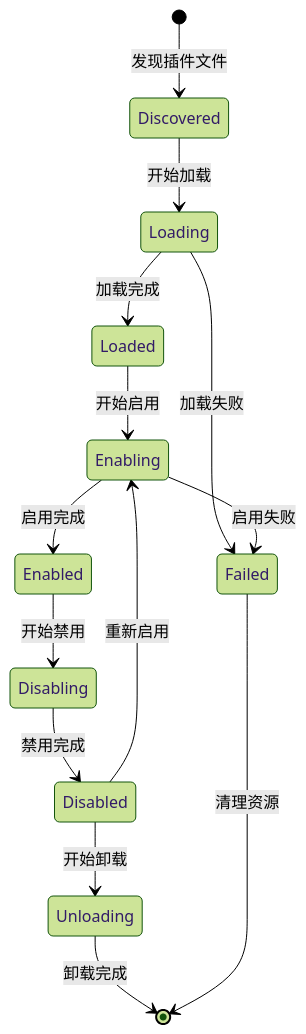
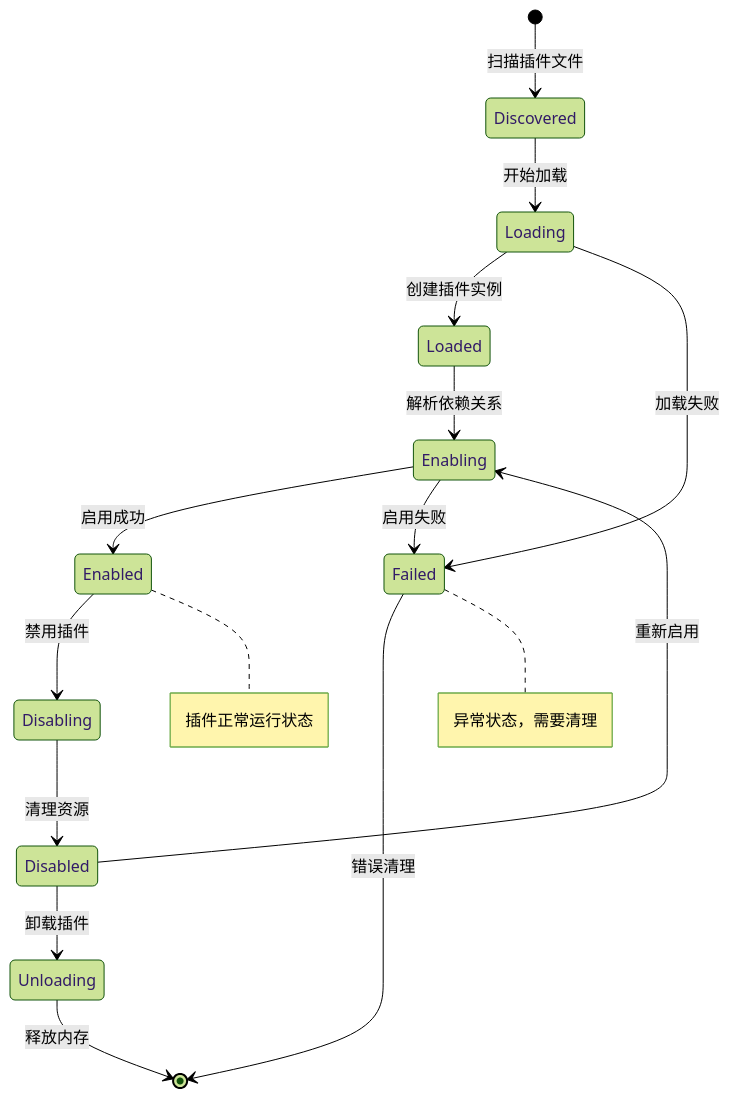
The second of 3 diagrams in src/main/java/snw/kookbc/impl/plugin/CLAUDE.md (SNWCreations/KookBC), drawn with Mermaid (forest theme) before and after one commit. The commit also changed other lines of this file and 106 other files, not shown here.

````diff
--- a/src/main/java/snw/kookbc/impl/plugin/CLAUDE.md
+++ b/src/main/java/snw/kookbc/impl/plugin/CLAUDE.md
@@ -79,17 +225,21 @@
 ```mermaid
 stateDiagram-v2
-    [*] --> Discovered: 发现插件文件
+    [*] --> Discovered: 扫描插件文件
     Discovered --> Loading: 开始加载
-    Loading --> Loaded: 加载完成
-    Loaded --> Enabling: 开始启用
-    Enabling --> Enabled: 启用完成
-    Enabled --> Disabling: 开始禁用
-    Disabling --> Disabled: 禁用完成
+    Loading --> Loaded: 创建插件实例
+    Loaded --> Enabling: 解析依赖关系
+    Enabling --> Enabled: 启用成功
+
+    Enabled --> Disabling: 禁用插件
+    Disabling --> Disabled: 清理资源
     Disabled --> Enabling: 重新启用
-    Disabled --> Unloading: 开始卸载
-    Unloading --> [*]: 卸载完成
+    Disabled --> Unloading: 卸载插件
+    Unloading --> [*]: 释放内存
 
     Loading --> Failed: 加载失败
     Enabling --> Failed: 启用失败
-    Failed --> [*]: 清理资源
+    Failed --> [*]: 错误清理
+
+    note right of Enabled: 插件正常运行状态
+    note right of Failed: 异常状态，需要清理
 ```
````
